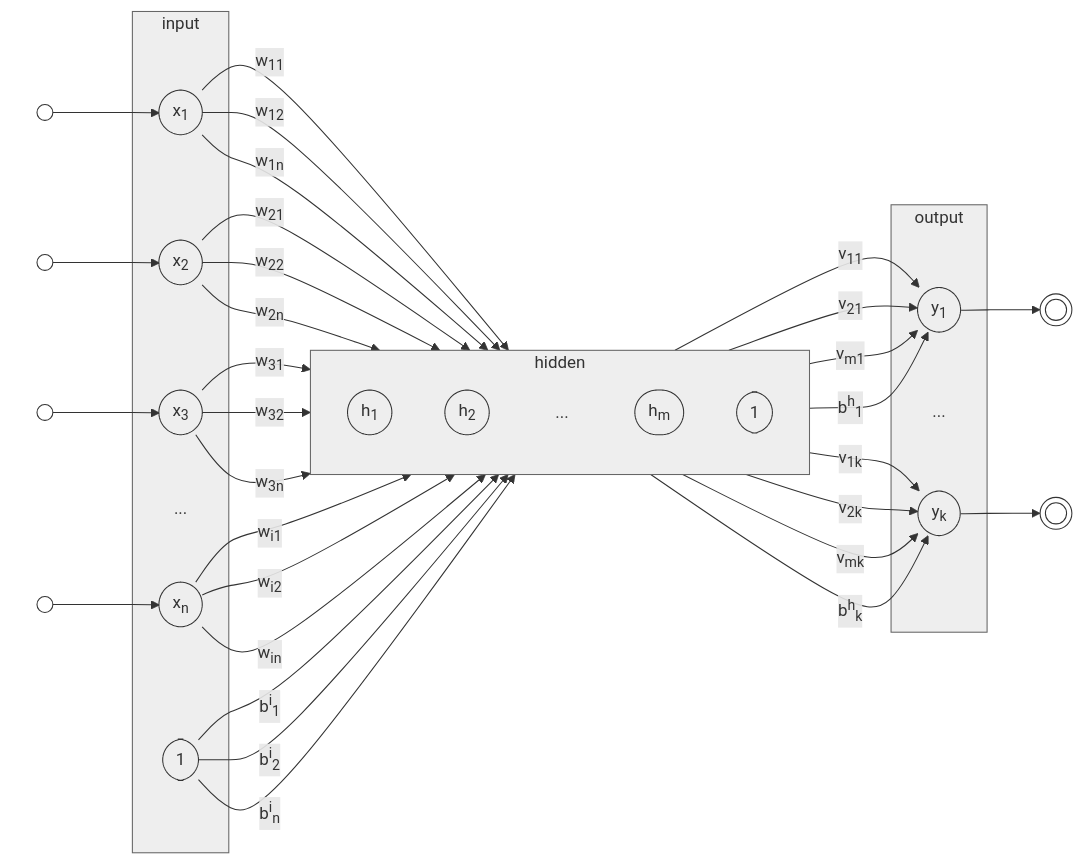
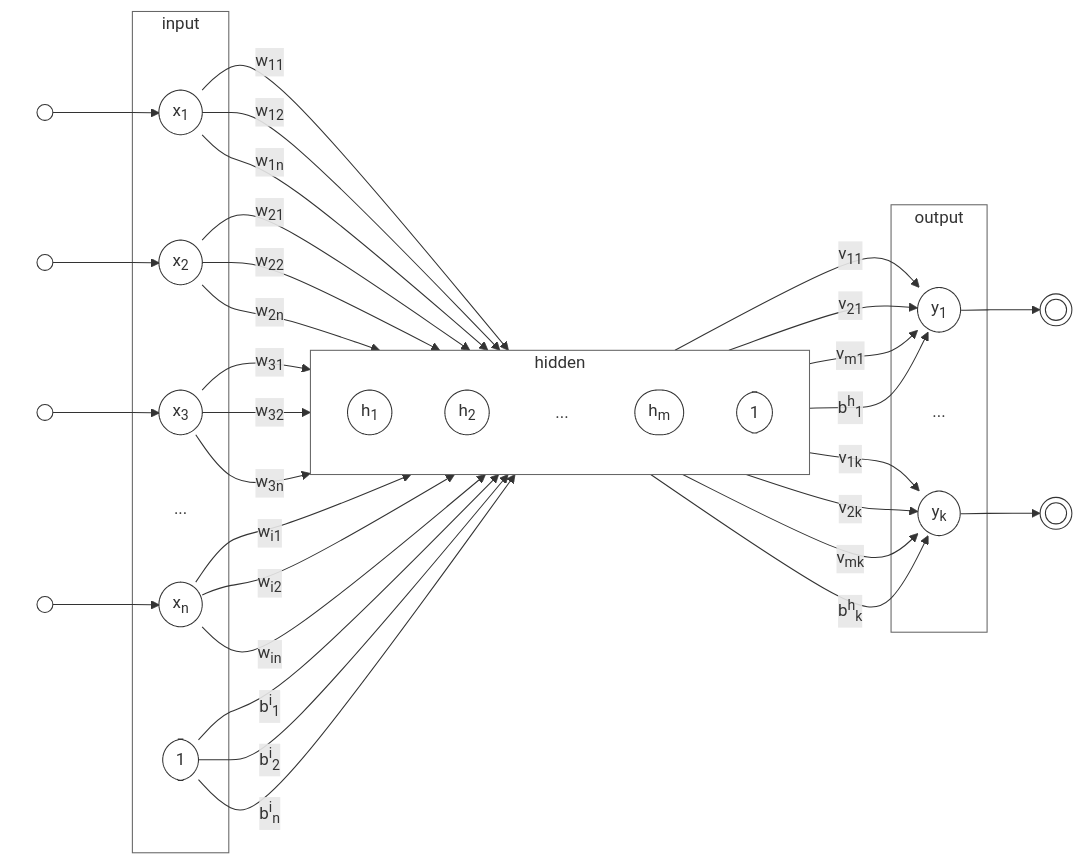
One commit to Insper/ann-dl changed the first of 2 diagrams in docs/classes/mlp/main.md. Above: the diagram before and after it, drawn with Mermaid.

Commit message:
color for diagram

````diff
--- a/docs/classes/mlp/main.md
+++ b/docs/classes/mlp/main.md
@@ -6,69 +6,69 @@
 ``` mermaid
 flowchart LR
     classDef default fill:transparent,stroke:#333,stroke-width:1px;
     classDef others fill:transparent,stroke:transparent,stroke-width:0px;
     subgraph in[" "]
         in1@{ shape: circle, label: " " }
         in2@{ shape: circle, label: " " }
         in3@{ shape: circle, label: " " }
         inn@{ shape: circle, label: " " }
     end
     subgraph input
         x1(["x<sub>1</sub>"])
         x2(["x<sub>2</sub>"])
         x3(["x<sub>3</sub>"])
         xd(["..."]):::others
         xn(["x<sub>n</sub>"])
         xb(["1"])
     end
     subgraph hidden
         direction TB
         h1(["h<sub>1</sub>"])
         h2(["h<sub>2</sub>"])
         hd(["..."]):::others
         hm(["h<sub>m</sub>"])
         hb(["1"])
     end
     subgraph output
         y1(["y<sub>1</sub>"])
         yd(["..."]):::others
         yk(["y<sub>k</sub>"])
     end
     in1@{ shape: circle, label: " " } --> x1
     in2@{ shape: circle, label: " " } --> x2
     in3@{ shape: circle, label: " " } --> x3
     inn@{ shape: circle, label: " " } --> xn
 
     x1 -->|"w<sub>11</sub>"|h1
     x1 -->|"w<sub>12</sub>"|h2
     x1 -->|"w<sub>1n</sub>"|hm
     x2 -->|"w<sub>21</sub>"|h1
     x2 -->|"w<sub>22</sub>"|h2
     x2 -->|"w<sub>2n</sub>"|hm
     x3 -->|"w<sub>31</sub>"|h1
     x3 -->|"w<sub>32</sub>"|h2
     x3 -->|"w<sub>3n</sub>"|hm
     xn -->|"w<sub>i1</sub>"|h1
     xn -->|"w<sub>i2</sub>"|h2
     xn -->|"w<sub>in</sub>"|hm
     xb -->|"b<sup>i</sup><sub>1</sub>"|h1
     xb -->|"b<sup>i</sup><sub>2</sub>"|h2
     xb -->|"b<sup>i</sup><sub>n</sub>"|hm
 
     h1 -->|"v<sub>11</sub>"|y1
     h1 -->|"v<sub>1k</sub>"|yk
     h2 -->|"v<sub>21</sub>"|y1
     h2 -->|"v<sub>2k</sub>"|yk
     hm -->|"v<sub>m1</sub>"|y1
     hm -->|"v<sub>mk</sub>"|yk
     hb -->|"b<sup>h</sup><sub>1</sub>"|y1
     hb -->|"b<sup>h</sup><sub>k</sub>"|yk
 
     y1 --> out1@{ shape: dbl-circ, label: " " }
     yk --> outn@{ shape: dbl-circ, label: " " }
 
     style in fill:#fff,stroke:#666,stroke-width:0px
-    style input fill:#eee,stroke:#666,stroke-width:1px
-    style hidden fill:#eee,stroke:#666,stroke-width:1px
-    style output fill:#eee,stroke:#666,stroke-width:1px
+    style input fill:#fff,stroke:#666,stroke-width:1px
+    style hidden fill:#fff,stroke:#666,stroke-width:1px
+    style output fill:#fff,stroke:#666,stroke-width:1px
 ```
````
